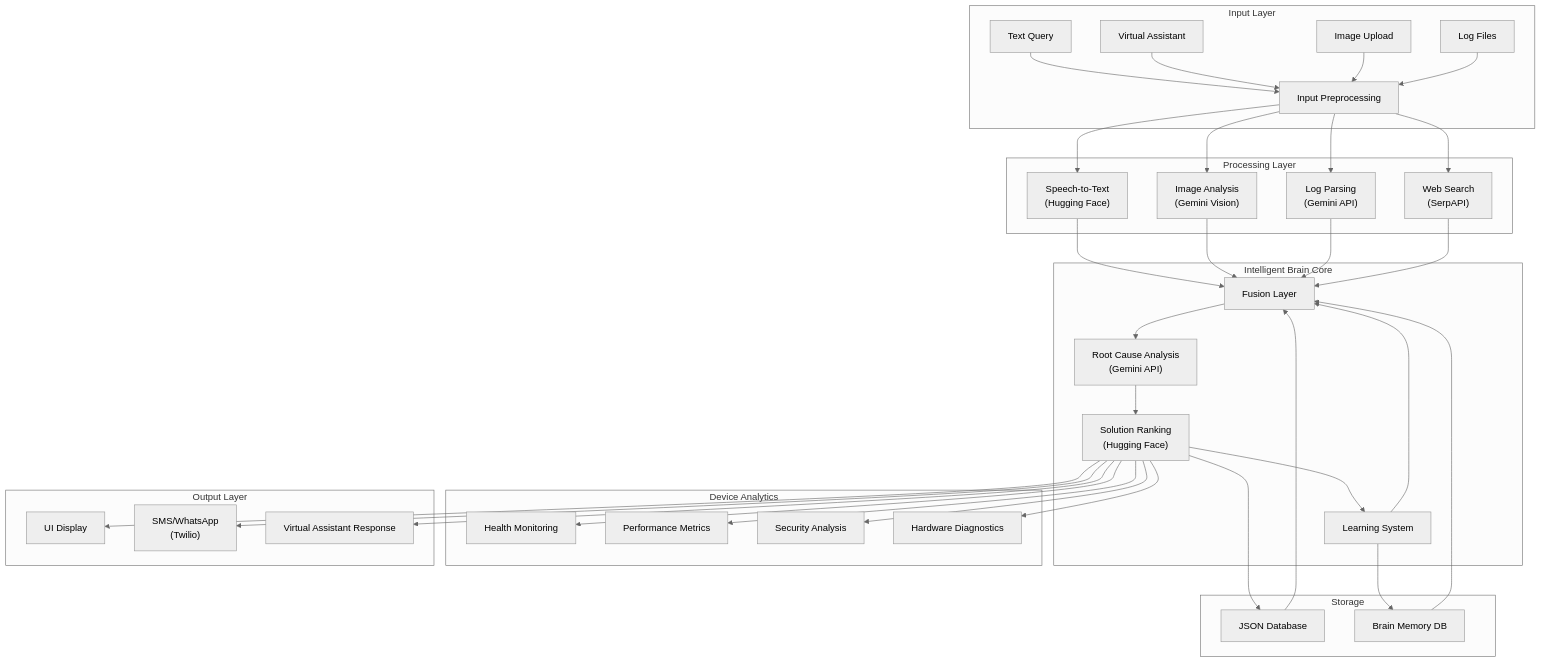
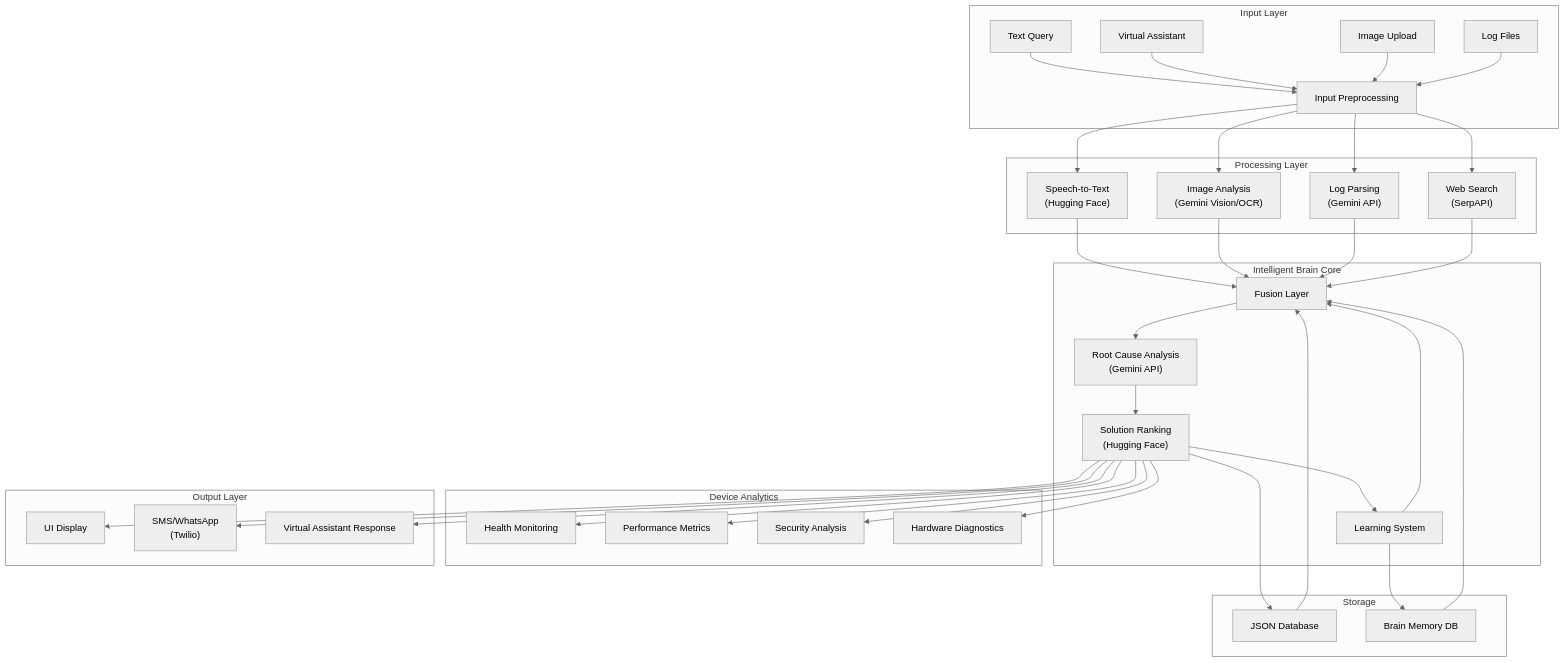
Before and after one commit to codexcherry/SmartFix-AI: the first of 2 diagrams in README.md, drawn with Mermaid (neutral theme).

````diff
--- a/README.md
+++ b/README.md
@@ -30,65 +30,65 @@
 ```mermaid
 flowchart TD
     subgraph "Input Layer"
         A1["Text Query"] --> B
         A2["Virtual Assistant"] --> B
         A3["Image Upload"] --> B
         A4["Log Files"] --> B
         B["Input Preprocessing"]
     end
     
     subgraph "Processing Layer"
         C1["Speech-to-Text<br/>(Hugging Face)"]
-        C2["Image Analysis<br/>(Gemini Vision)"]
+        C2["Image Analysis<br/>(Gemini Vision/OCR)"]
         C3["Log Parsing<br/>(Gemini API)"]
         C4["Web Search<br/>(SerpAPI)"]
         B --> C1
         B --> C2
         B --> C3
         B --> C4
     end
     
     subgraph "Intelligent Brain Core"
         D["Fusion Layer"]
         E["Root Cause Analysis<br/>(Gemini API)"]
         F["Solution Ranking<br/>(Hugging Face)"]
         G["Learning System"]
         C1 --> D
         C2 --> D
         C3 --> D
         C4 --> D
         D --> E
         E --> F
         F --> G
         G --> D
     end
     
     subgraph "Device Analytics"
         H1["Health Monitoring"]
         H2["Performance Metrics"]
         H3["Security Analysis"]
         H4["Hardware Diagnostics"]
         F --> H1
         F --> H2
         F --> H3
         F --> H4
     end
     
     subgraph "Output Layer"
         I1["UI Display"]
         I2["SMS/WhatsApp<br/>(Twilio)"]
         I3["Virtual Assistant Response"]
         F --> I1
         F --> I2
         F --> I3
     end
     
     subgraph "Storage"
         J["JSON Database"]
         K["Brain Memory DB"]
         F --> J
         G --> K
         J --> D
         K --> D
     end
 ```
````
